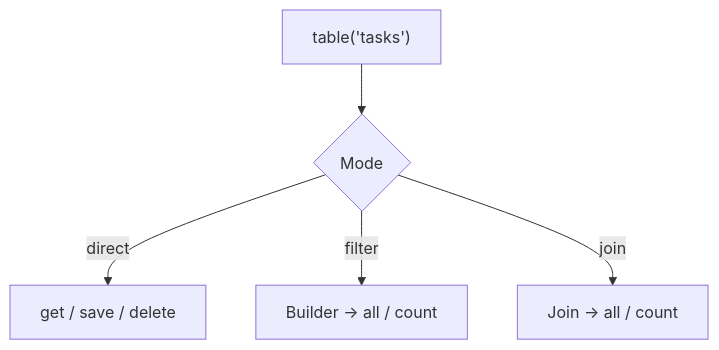
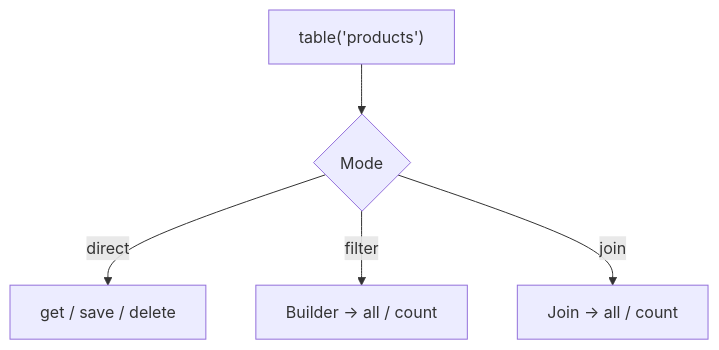
Before and after one commit to PioniaPHP-project/pionia-docs: the diagram in content/docs/documentation/database/basic.md, drawn with Mermaid. The commit also changed other lines of this file and 268 other files, not shown here.

```diff
--- a/content/docs/documentation/database/basic.md
+++ b/content/docs/documentation/database/basic.md
@@ -35,7 +35,7 @@
 {{< mermaid >}}
 flowchart TD
-  A["table('tasks')"] --> B{Mode}
+  A["table('products')"] --> B{Mode}
   B -->|direct| C["get / save / delete"]
   B -->|filter| D["Builder → all / count"]
   B -->|join| E["Join → all / count"]
 {{< /mermaid >}}
```
